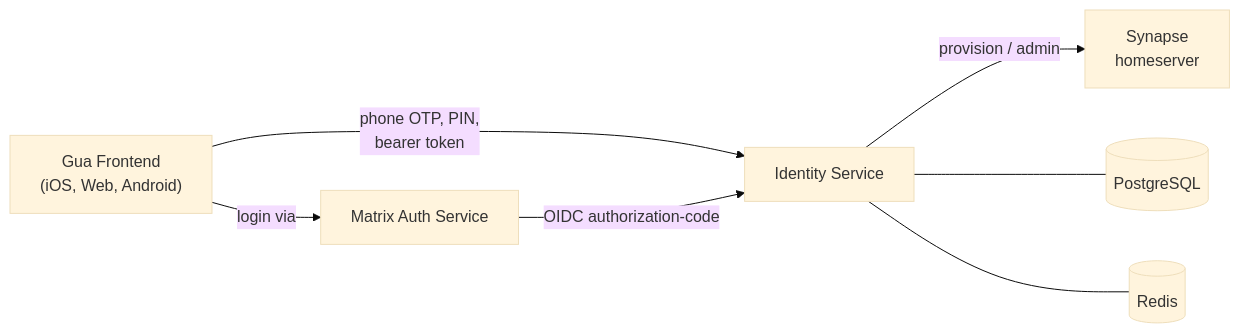
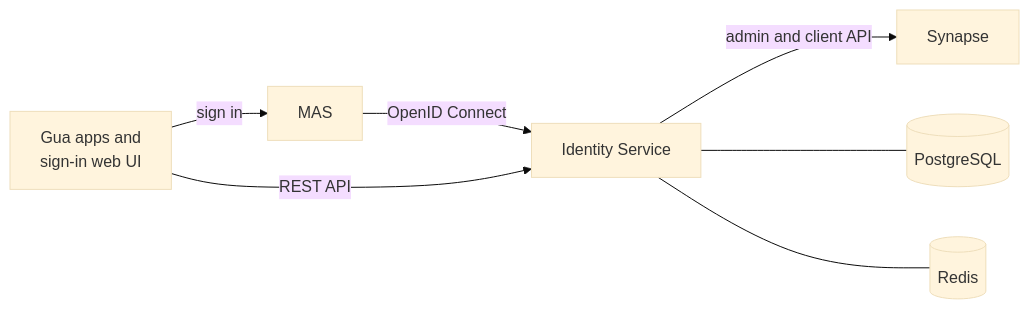
Before and after one commit to Gua-ra/identity-service: the diagram in README.md, drawn with Mermaid (base theme). The commit also changed other lines of this file, not shown here.

````diff
--- a/README.md
+++ b/README.md
@@ -34,9 +18,9 @@
 ```mermaid
 flowchart LR
-    Clients["Gua Frontend<br/>(iOS, Web, Android)"] -->|phone OTP, PIN,<br/>bearer token| IDS["Identity Service"]
-    IDS -->|provision / admin| Synapse["Synapse<br/>homeserver"]
-    MAS["Matrix Auth Service"] -->|OIDC authorization-code| IDS
-    Clients -->|login via| MAS
+    Apps["Gua apps and<br/>sign-in web UI"] -->|sign in| MAS["MAS"]
+    MAS -->|OpenID Connect| IDS["Identity Service"]
+    Apps -->|REST API| IDS
+    IDS -->|admin and client API| Synapse["Synapse"]
     IDS --- PG[("PostgreSQL")]
     IDS --- Redis[("Redis")]
 ```
````
